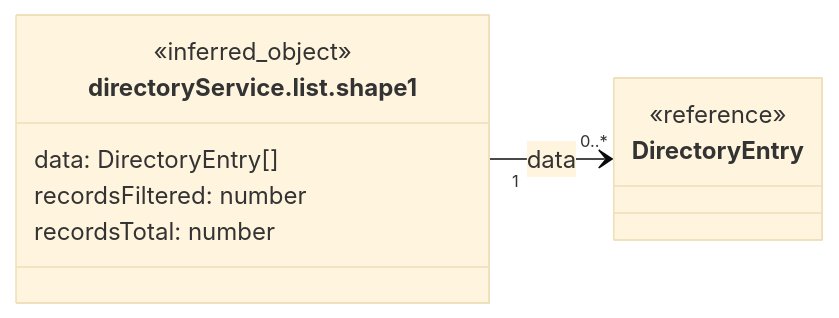
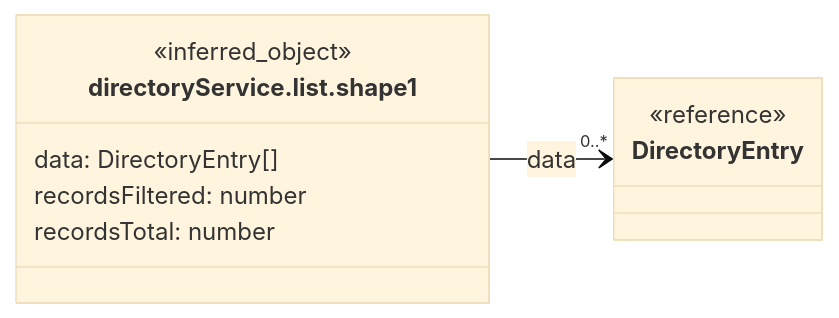
Diagram 23 of 23 in front/docs/architecture/views/logical/type-reference/directory.md (gpgsistemas01/nexus), drawn with Mermaid (base theme) before and after one commit. The commit also changed other lines of this file and 158 other files, not shown here.

````diff
--- a/front/docs/architecture/views/logical/type-reference/directory.md
+++ b/front/docs/architecture/views/logical/type-reference/directory.md
@@ -789,14 +779,14 @@
 ```mermaid
 classDiagram
     direction LR
     class Subject["directoryService.list.shape1"] {
         <<inferred_object>>
         data: DirectoryEntry[]
         recordsFiltered: number
         recordsTotal: number
     }
     class R0["DirectoryEntry"] {
         <<reference>>
     }
-    Subject "1" --> "0..*" R0 : data
+    Subject --> "0..*" R0 : data
 ```
````
